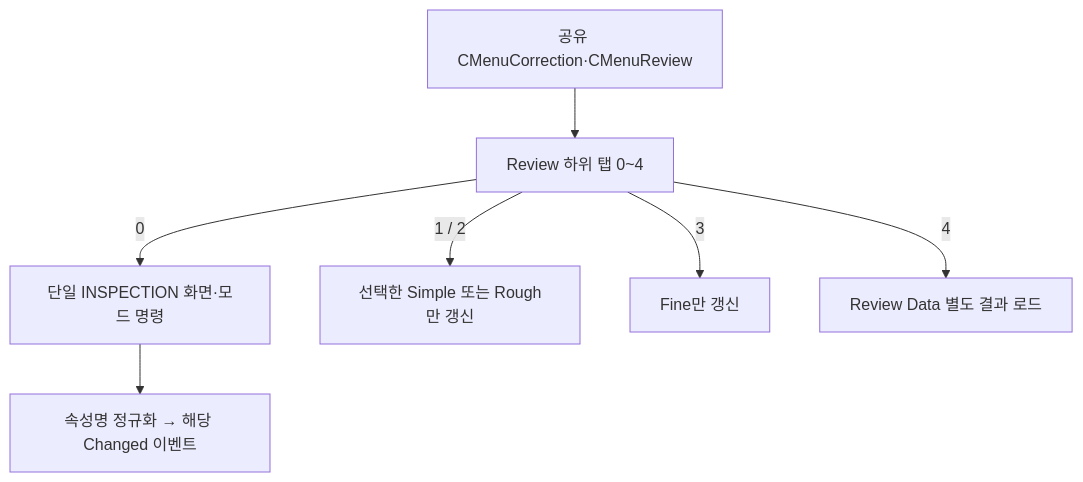
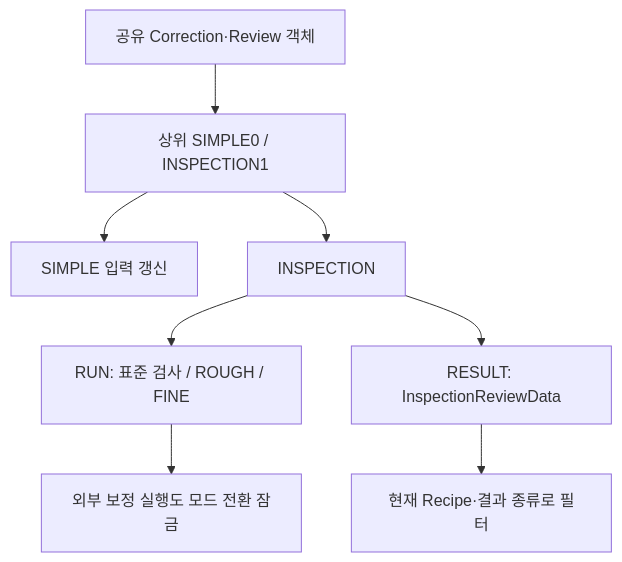
One commit to kjuws10-rgb/Shared changed the third of 3 diagrams in A3 LD Code Ref/manual/architecture/01-startup-and-composition.md. Above: the diagram before and after it, drawn with Mermaid. The commit also changed other lines of this file and 2071 other files, not shown here.

Commit message:
docs(a3): update 11.19.0 architecture and code reference

````diff
--- a/A3 LD Code Ref/manual/architecture/01-startup-and-composition.md
+++ b/A3 LD Code Ref/manual/architecture/01-startup-and-composition.md
@@ -113,9 +115,10 @@
 ```mermaid
 flowchart TD
- R[공유 CMenuCorrection·CMenuReview] --> T[Review 하위 탭 0~4]
- T -->|0| I[단일 INSPECTION 화면·모드 명령]
- T -->|1 / 2| S[선택한 Simple 또는 Rough만 갱신]
- T -->|3| F[Fine만 갱신]
- T -->|4| D[Review Data 별도 결과 로드]
- I --> N[속성명 정규화 → 해당 Changed 이벤트]
+ R[공유 Correction·Review 객체] --> T[상위 SIMPLE0 / INSPECTION1]
+ T --> S[SIMPLE 입력 갱신]
+ T --> I[INSPECTION]
+ I --> U[RUN: 표준 검사 / ROUGH / FINE]
+ I --> D[RESULT: InspectionReviewData]
+ D --> K[현재 Recipe·결과 종류로 필터]
+ U --> G[외부 보정 실행도 모드 전환 잠금]
 ```
````
